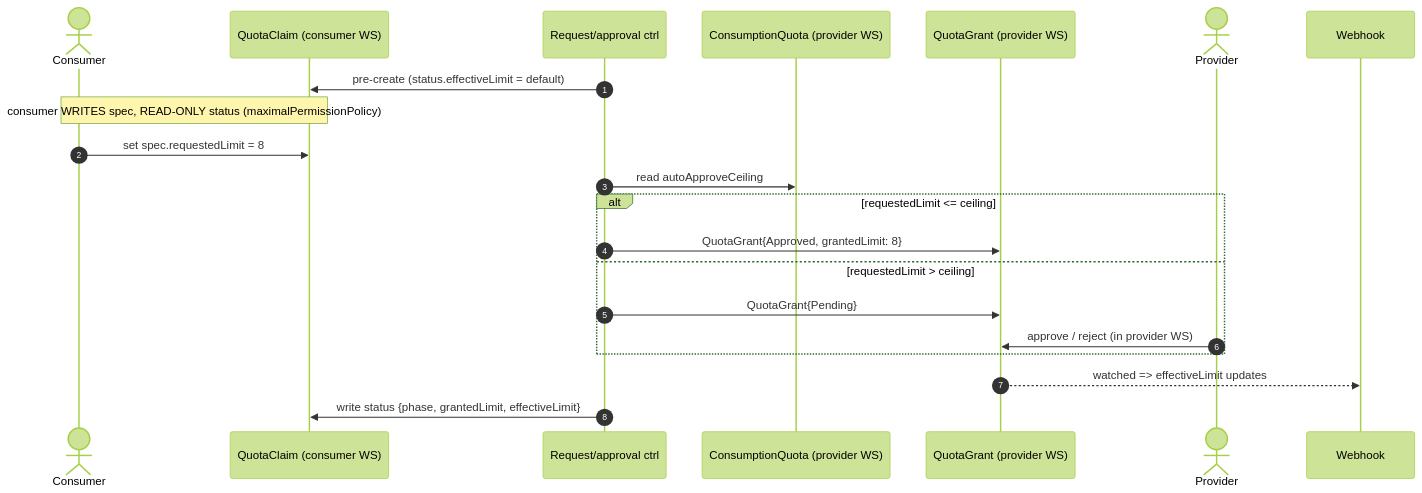
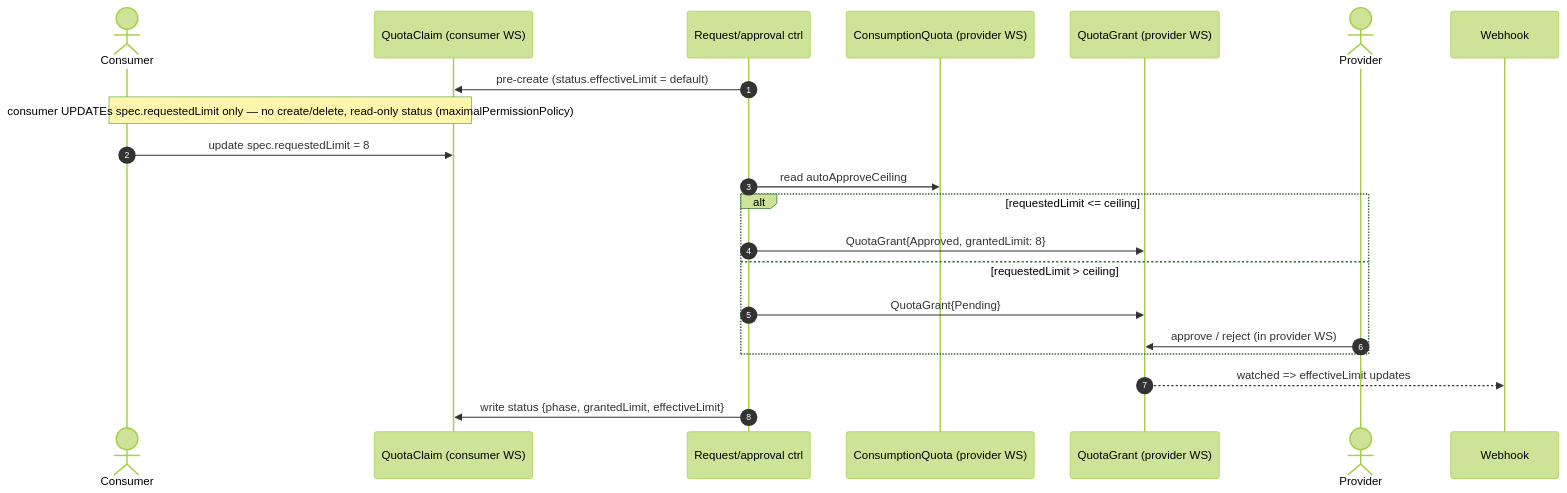
Before and after one commit to opendefensecloud/quota-controller: the third of 4 diagrams in docs/superpowers/specs/2026-06-29-kcp-consumption-quota-design.md, drawn with Mermaid (forest theme). The commit also changed other lines of this file and 1 other file, not shown here.

Commit message:
docs: restrict QuotaClaim to update-only and key resources by APIExport identity

````diff
--- a/docs/superpowers/specs/2026-06-29-kcp-consumption-quota-design.md
+++ b/docs/superpowers/specs/2026-06-29-kcp-consumption-quota-design.md
@@ -369,24 +397,24 @@
 ```mermaid
 sequenceDiagram
     autonumber
     actor CU as Consumer
     participant QCL as QuotaClaim (consumer WS)
     participant RC as Request/approval ctrl
     participant CQ as ConsumptionQuota (provider WS)
     participant QG as QuotaGrant (provider WS)
     actor PR as Provider
     participant WH as Webhook
 
     RC->>QCL: pre-create (status.effectiveLimit = default)
-    Note over CU,QCL: consumer WRITES spec, READ-ONLY status (maximalPermissionPolicy)
-    CU->>QCL: set spec.requestedLimit = 8
+    Note over CU,QCL: consumer UPDATEs spec.requestedLimit only — no create/delete, read-only status (maximalPermissionPolicy)
+    CU->>QCL: update spec.requestedLimit = 8
     RC->>CQ: read autoApproveCeiling
     alt requestedLimit <= ceiling
         RC->>QG: QuotaGrant{Approved, grantedLimit: 8}
     else requestedLimit > ceiling
         RC->>QG: QuotaGrant{Pending}
         PR->>QG: approve / reject (in provider WS)
     end
     QG-->>WH: watched => effectiveLimit updates
     RC->>QCL: write status {phase, grantedLimit, effectiveLimit}
 ```
````
